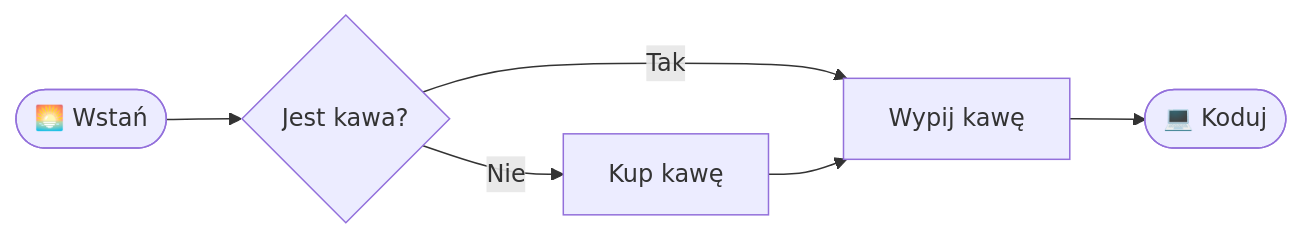
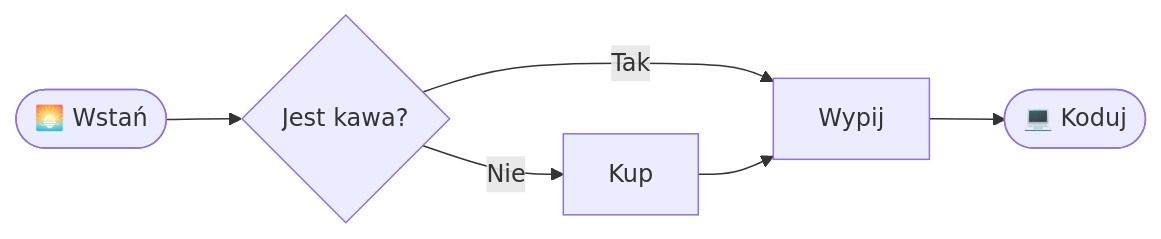
One commit to Xaeian/Markdown changed the diagram in readme.md. Above: the diagram before and after it, drawn with Mermaid. The commit also changed other lines of this file, not shown here.

````diff
--- a/readme.md
+++ b/readme.md
@@ -320,8 +323,8 @@
 ```mermaid
 flowchart LR
   A([🌅 Wstań]) --> B{Jest kawa?}
-  B -->|Tak| C[Wypij kawę]
-  B -->|Nie| D[Kup kawę]
+  B -->|Tak| C[Wypij]
+  B -->|Nie| D[Kup]
   D --> C
   C --> E([💻 Koduj])
 ```
````
